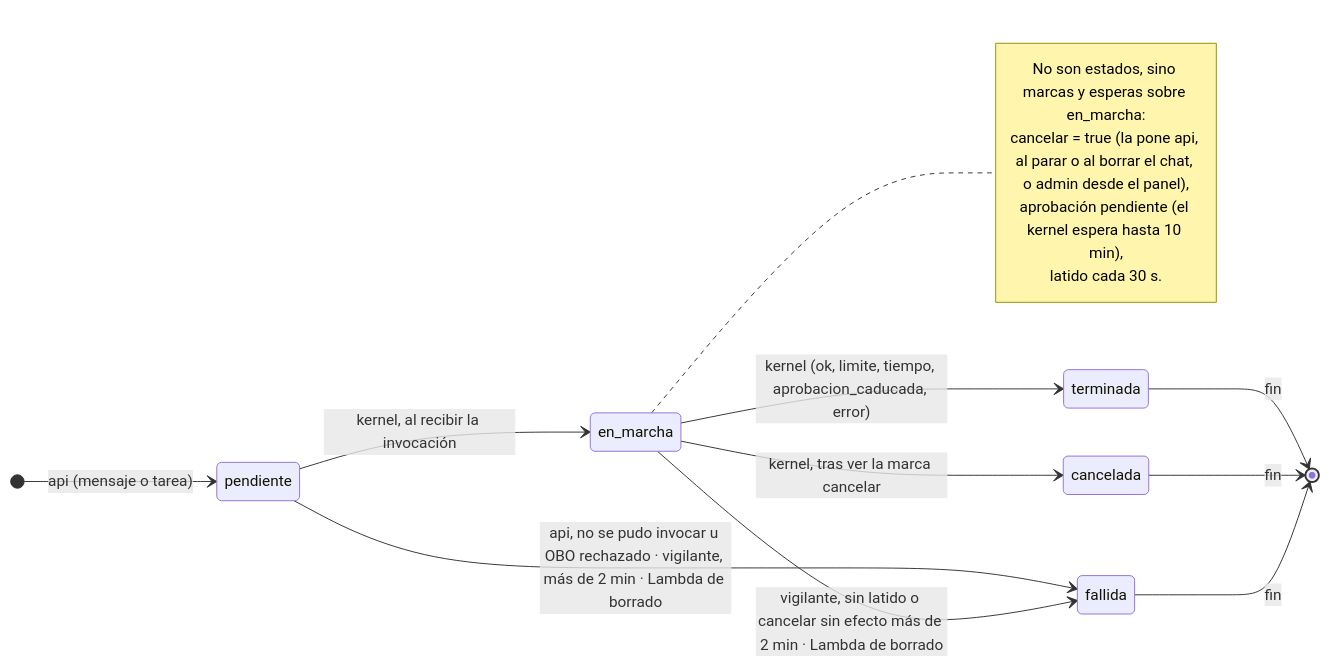
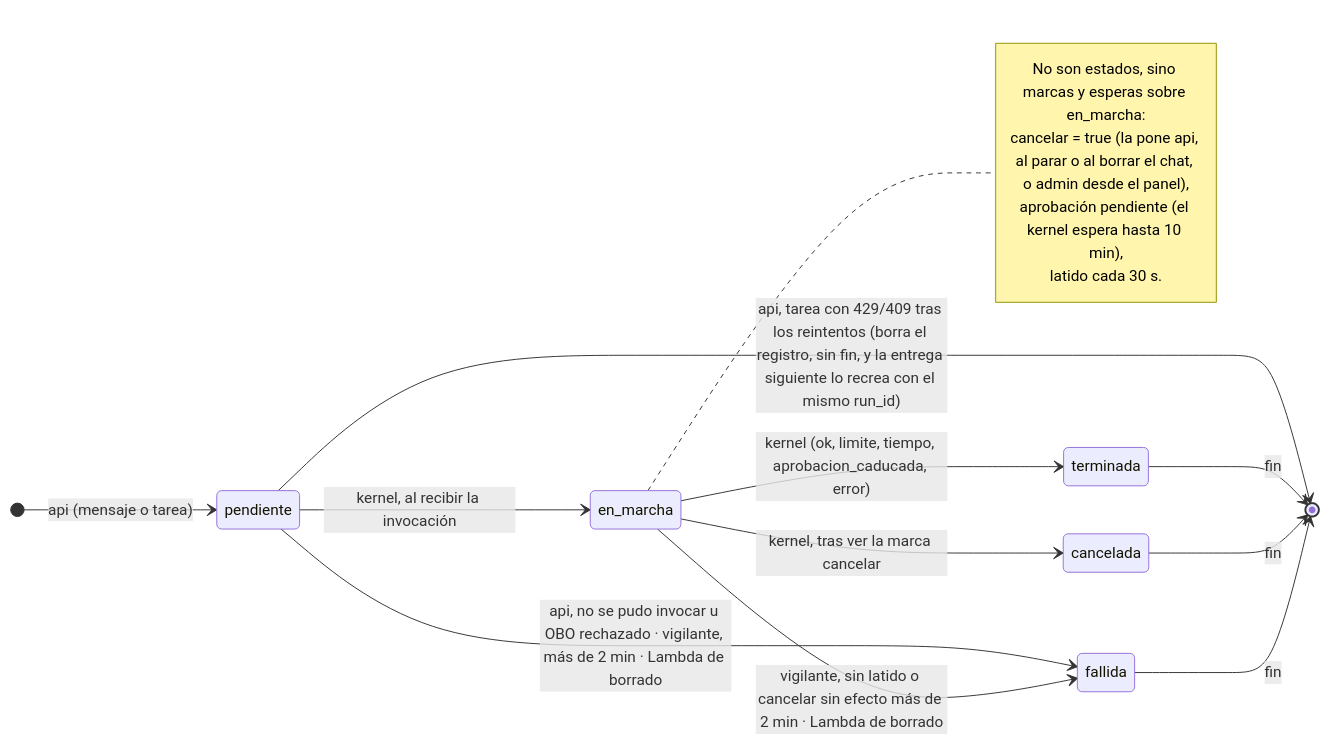
The fourth of 10 diagrams in docs/arquitectura-agentes.md (ikermendi/sample-agent-platform-with-agentcore), drawn with Mermaid before and after one commit. The commit also changed other lines of this file and 2 other files, not shown here.

````diff
--- a/docs/arquitectura-agentes.md
+++ b/docs/arquitectura-agentes.md
@@ -584,19 +595,20 @@
 ```mermaid
 stateDiagram-v2
   direction LR
   [*] --> pendiente : api (mensaje o tarea)
   pendiente --> en_marcha : kernel, al recibir la invocación
   pendiente --> fallida : api, no se pudo invocar u OBO rechazado · vigilante, más de 2 min · Lambda de borrado
+  pendiente --> [*] : api, tarea con 429/409 tras los reintentos (borra el registro, sin fin, y la entrega siguiente lo recrea con el mismo run_id)
   en_marcha --> terminada : kernel (ok, limite, tiempo, aprobacion_caducada, error)
   en_marcha --> cancelada : kernel, tras ver la marca cancelar
   en_marcha --> fallida : vigilante, sin latido o cancelar sin efecto más de 2 min · Lambda de borrado
   terminada --> [*] : fin
   cancelada --> [*] : fin
   fallida --> [*] : fin
   note right of en_marcha
     No son estados, sino marcas y esperas sobre en_marcha:
     cancelar = true (la pone api, al parar o al borrar el chat, o admin desde el panel),
     aprobación pendiente (el kernel espera hasta 10 min),
     latido cada 30 s.
   end note
 ```
````
